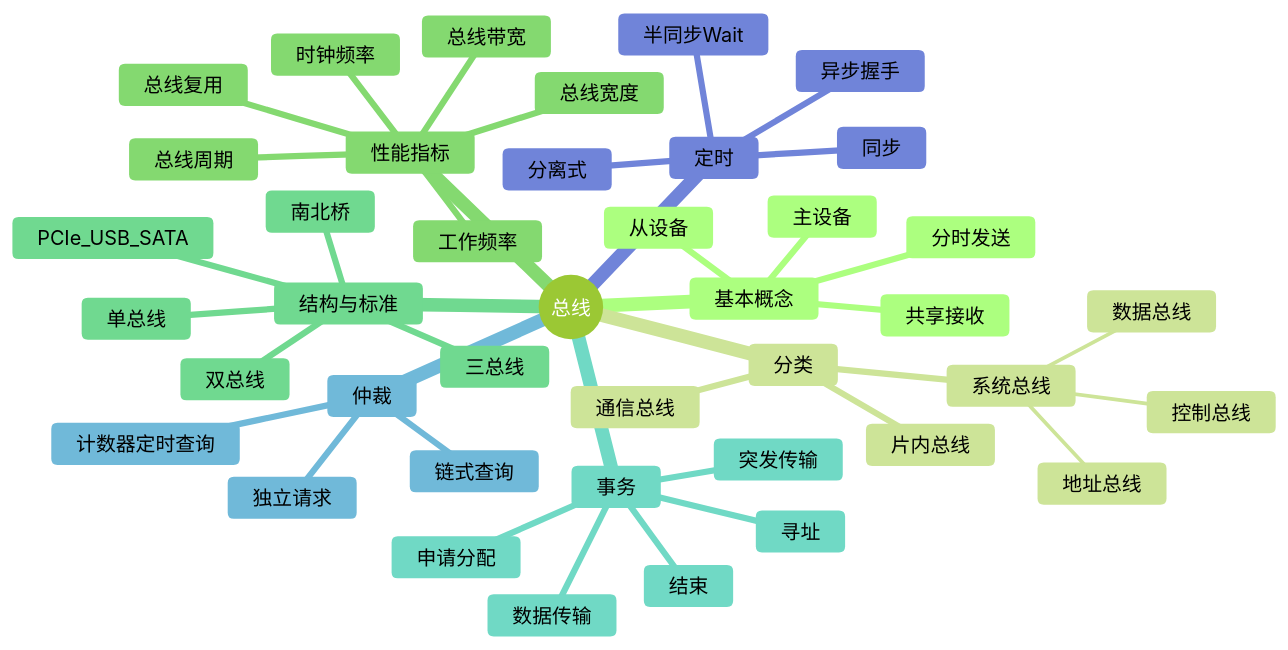
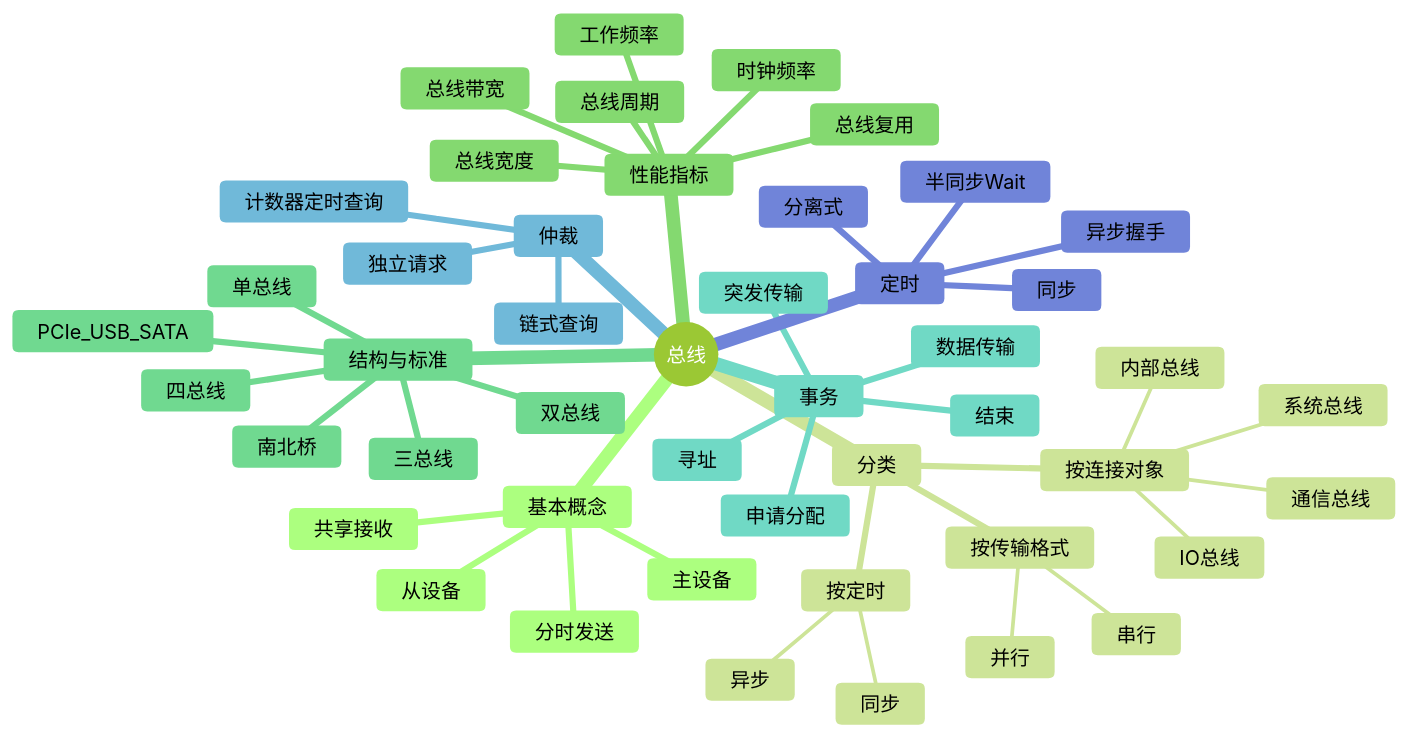
Before and after one commit to Cthaat/Obsidian: the first of 2 diagrams in 408/408考研笔记/计算机组成原理/06-总线.md, drawn with Mermaid (forest theme). The commit also changed other lines of this file and 20 other files, not shown here.

````diff
--- a/408/408考研笔记/计算机组成原理/06-总线.md
+++ b/408/408考研笔记/计算机组成原理/06-总线.md
@@ -28,44 +29,50 @@
 ```mermaid
 mindmap
   root((总线))
     基本概念
       分时发送
       共享接收
       主设备
       从设备
     分类
-      片内总线
-      系统总线
-        数据总线
-        地址总线
-        控制总线
-      通信总线
+      按连接对象
+        内部总线
+        系统总线
+        IO总线
+        通信总线
+      按传输格式
+        串行
+        并行
+      按定时
+        同步
+        异步
     性能指标
       总线周期
       时钟频率
       工作频率
       总线宽度
       总线带宽
       总线复用
     结构与标准
       单总线
       双总线
       三总线
+      四总线
       南北桥
       PCIe_USB_SATA
     事务
       申请分配
       寻址
       数据传输
       结束
       突发传输
     仲裁
       链式查询
       计数器定时查询
       独立请求
     定时
       同步
       异步握手
       半同步Wait
       分离式
 ```
````
